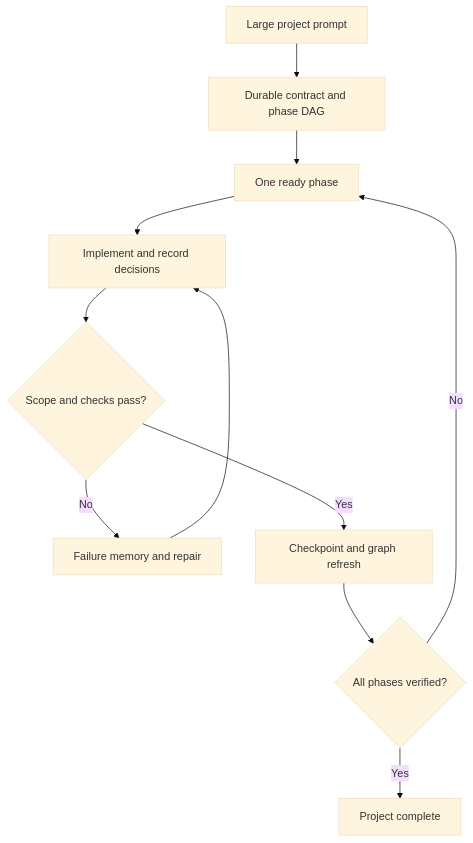
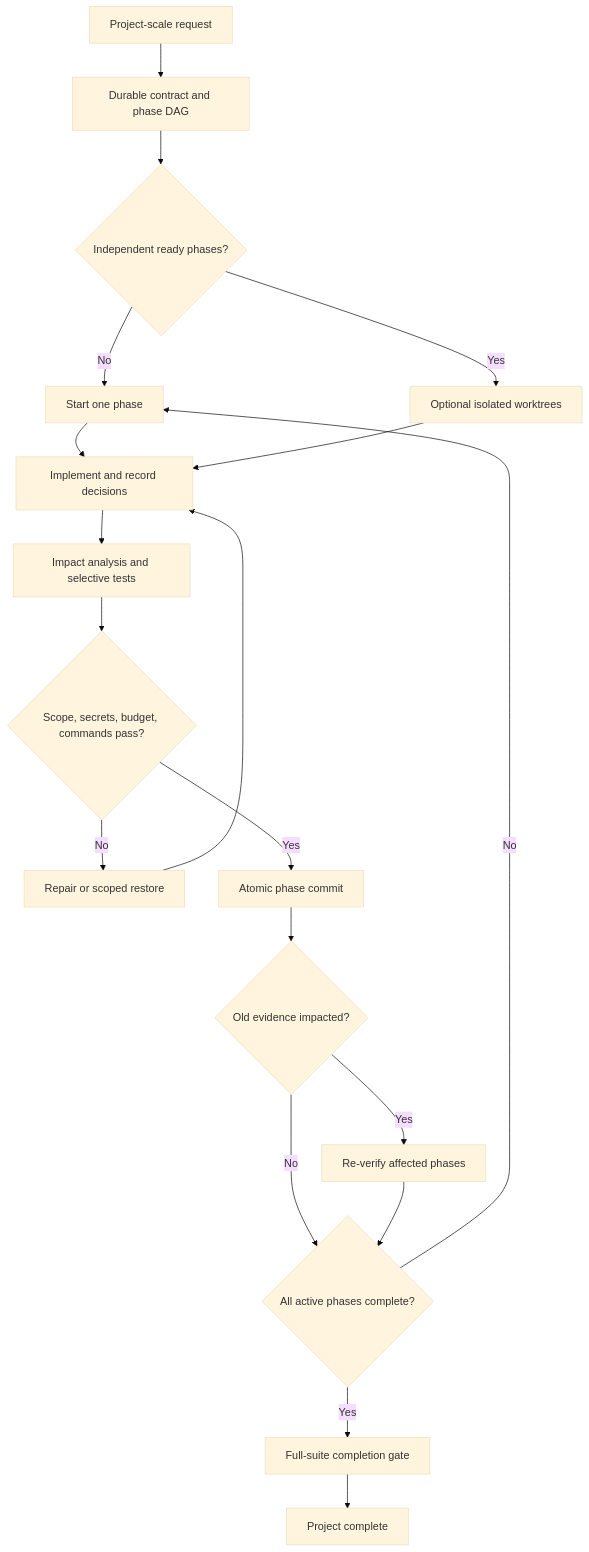
The diagram in README.md (brutalstein/keep-coding-plugin), drawn with Mermaid (base theme) before and after one commit. The commit also changed other lines of this file, not shown here.

````diff
--- a/README.md
+++ b/README.md
@@ -18,13 +19,21 @@
 ```mermaid
 flowchart TD
-    A[Large project prompt] --> B[Durable contract and phase DAG]
-    B --> C[One ready phase]
-    C --> D[Implement and record decisions]
-    D --> E{Scope and checks pass?}
-    E -- No --> F[Failure memory and repair]
-    F --> D
-    E -- Yes --> G[Checkpoint and graph refresh]
-    G --> H{All phases verified?}
-    H -- No --> C
-    H -- Yes --> I[Project complete]
+    A[Project-scale request] --> B[Durable contract and phase DAG]
+    B --> C{Independent ready phases?}
+    C -- No --> D[Start one phase]
+    C -- Yes --> E[Optional isolated worktrees]
+    D --> F[Implement and record decisions]
+    E --> F
+    F --> G[Impact analysis and selective tests]
+    G --> H{Scope, secrets, budget, commands pass?}
+    H -- No --> I[Repair or scoped restore]
+    I --> F
+    H -- Yes --> J[Atomic phase commit]
+    J --> K{Old evidence impacted?}
+    K -- Yes --> L[Re-verify affected phases]
+    K -- No --> M{All active phases complete?}
+    L --> M
+    M -- No --> D
+    M -- Yes --> N[Full-suite completion gate]
+    N --> O[Project complete]
 ```
````
